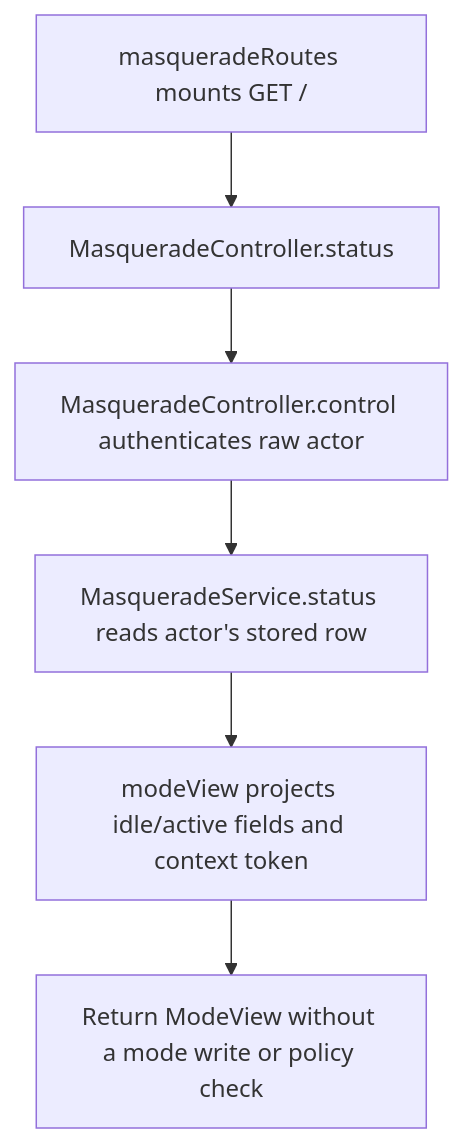
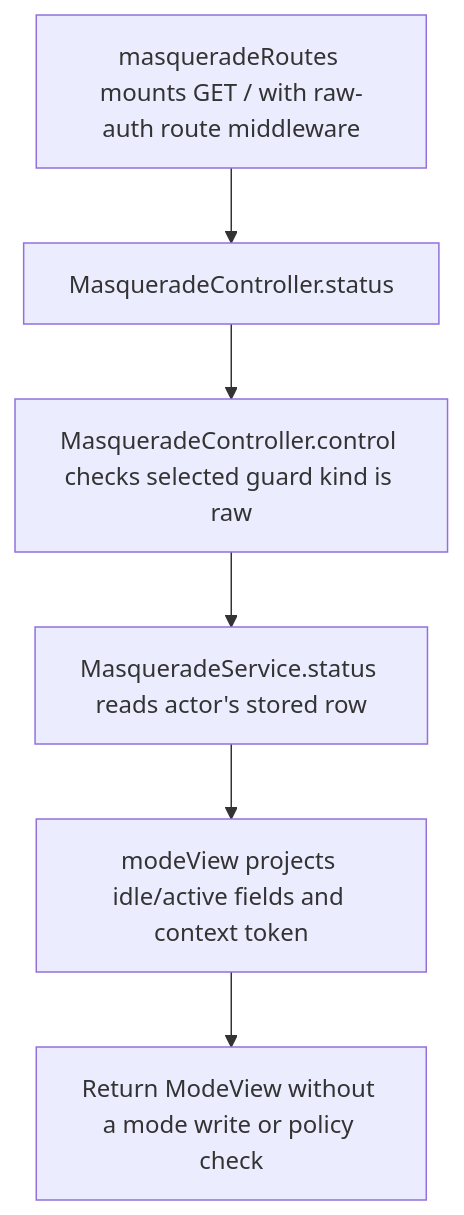
The second of 2 diagrams in user-stories/start-stop-mode/us-actor-06-read-mode-status.md (Kevinjohn/oss-adonisjs-masquerade), drawn with Mermaid before and after one commit. The commit also changed other lines of this file and 2 other files, not shown here.

Commit message:
docs: align guard and testing cleanup flows

````diff
--- a/user-stories/start-stop-mode/us-actor-06-read-mode-status.md
+++ b/user-stories/start-stop-mode/us-actor-06-read-mode-status.md
@@ -33,8 +33,8 @@
 ```mermaid
 flowchart TD
- A["masqueradeRoutes mounts GET /"] --> B["MasqueradeController.status"]
- B --> C["MasqueradeController.control authenticates raw actor"]
+ A["masqueradeRoutes mounts GET / with raw-auth route middleware"] --> B["MasqueradeController.status"]
+ B --> C["MasqueradeController.control checks selected guard kind is raw"]
  C --> D["MasqueradeService.status reads actor's stored row"]
  D --> E["modeView projects idle/active fields and context token"]
  E --> F["Return ModeView without a mode write or policy check"]
 ```
````
